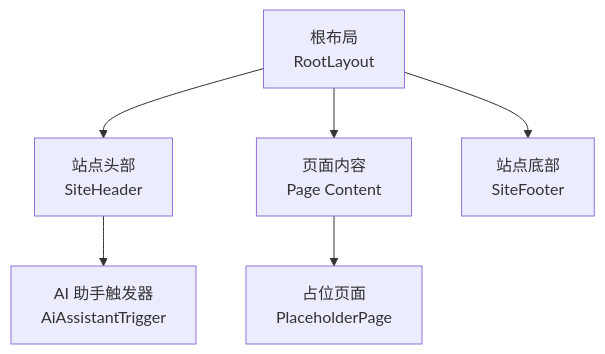
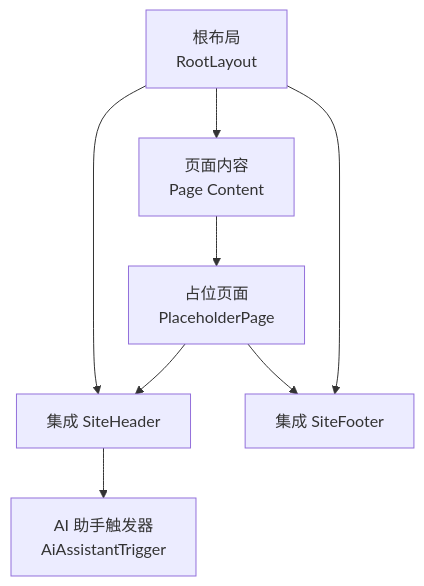
One commit to luyitiger6/my-first-project changed the fifth of 11 diagrams in .qoder/repowiki/zh/content/前端开发/前端开发.md. Above: the diagram before and after it, drawn with Mermaid. The commit also changed other lines of this file and 33 other files, not shown here.

````diff
--- a/.qoder/repowiki/zh/content/前端开发/前端开发.md
+++ b/.qoder/repowiki/zh/content/前端开发/前端开发.md
@@ -259,8 +262,10 @@
 ```mermaid
 graph TD
 RootLayout["根布局<br/>RootLayout"] --> SiteHeader["站点头部<br/>SiteHeader"]
 RootLayout --> PageContent["页面内容<br/>Page Content"]
 RootLayout --> SiteFooter["站点底部<br/>SiteFooter"]
 SiteHeader --> AiAssistantTrigger["AI 助手触发器<br/>AiAssistantTrigger"]
 PageContent --> PlaceholderPage["占位页面<br/>PlaceholderPage"]
+PlaceholderPage --> SiteHeader["集成 SiteHeader"]
+PlaceholderPage --> SiteFooter["集成 SiteFooter"]
 ```
````
